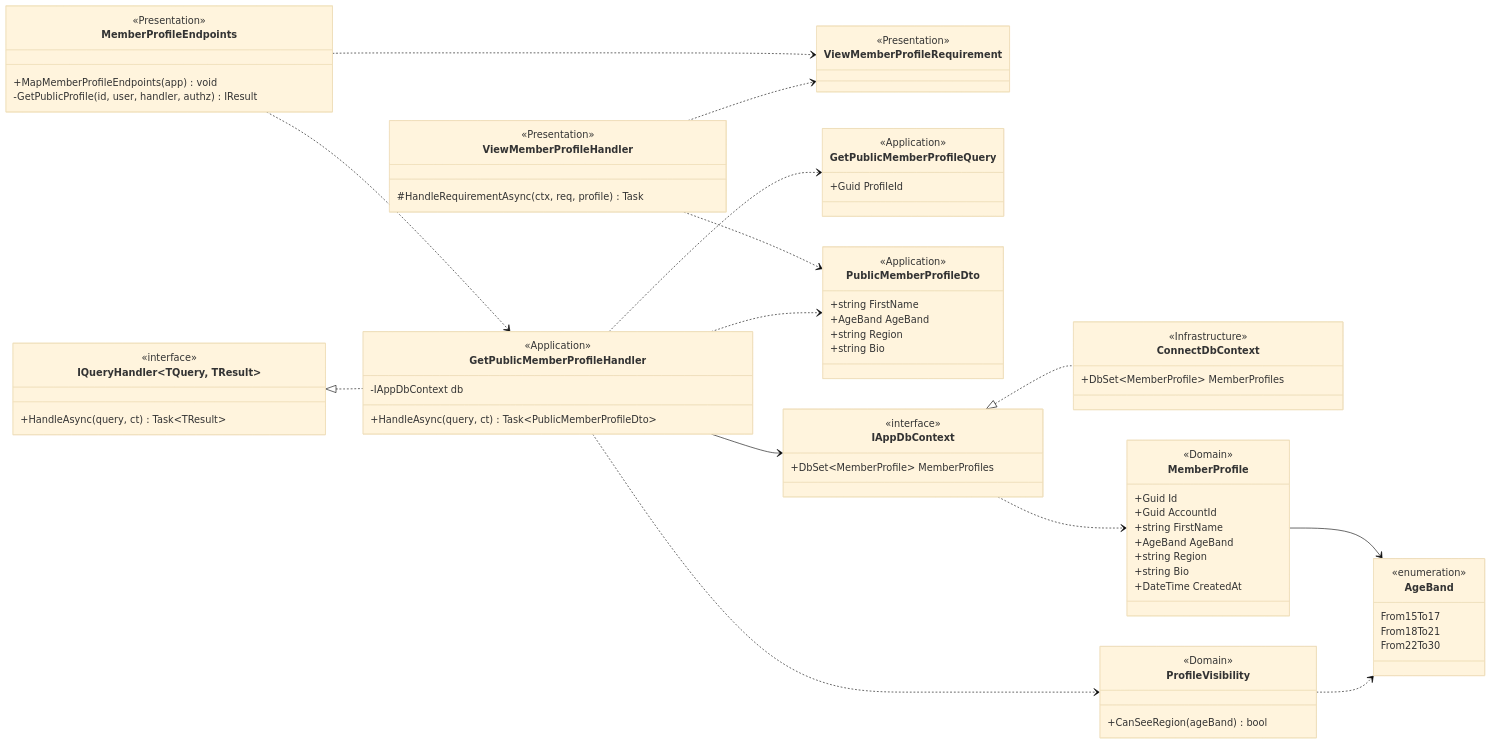
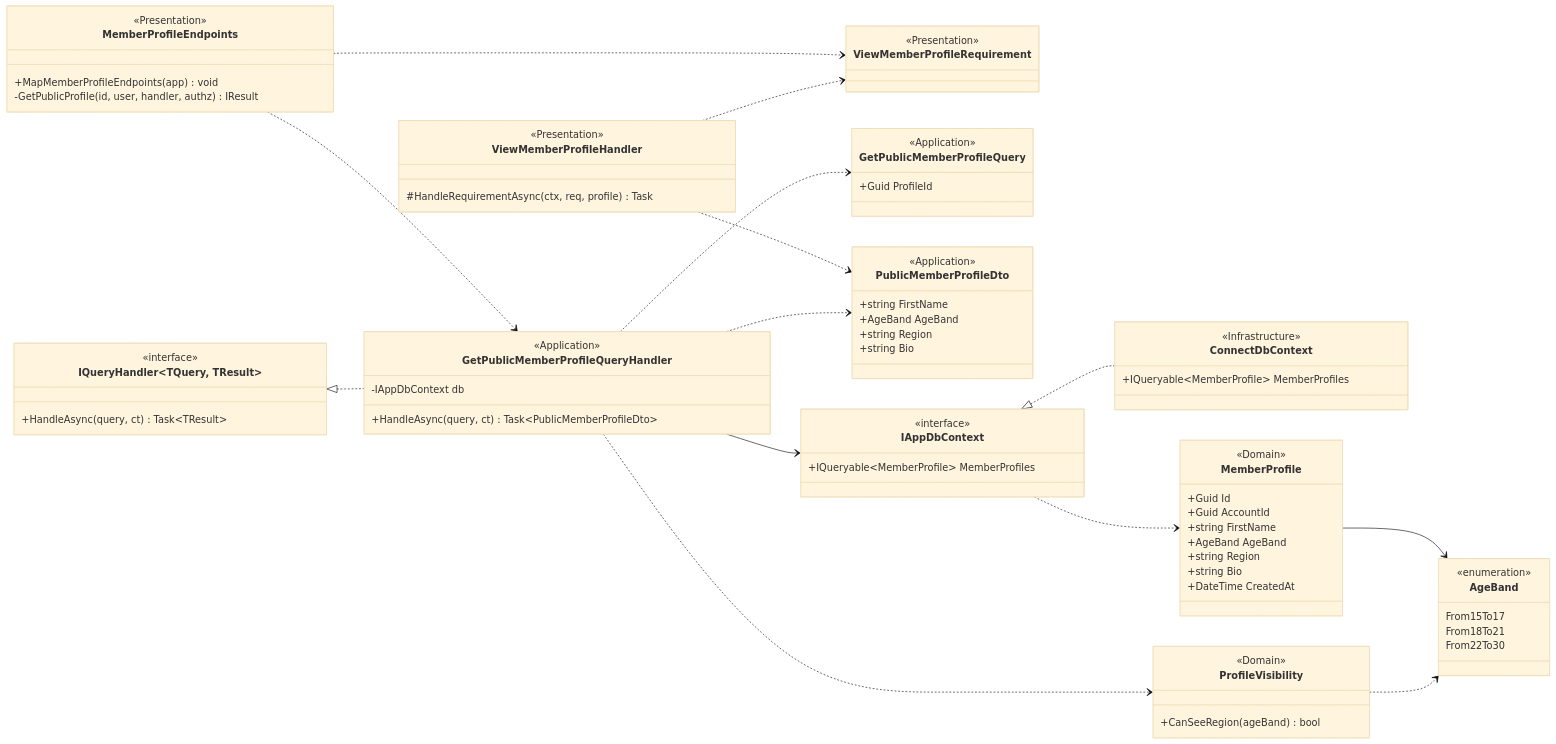
The fifth of 9 diagrams in docs/wesley/securityAndArchitecture.md (guruITA/connect-nine), drawn with Mermaid (base theme) before and after one commit. The commit also changed other lines of this file and 2 other files, not shown here.

Commit message:
docs(docs): my architecture documents follow the account code of #262 (#12)

````diff
--- a/docs/wesley/securityAndArchitecture.md
+++ b/docs/wesley/securityAndArchitecture.md
@@ -450,77 +450,77 @@
 ```mermaid
 classDiagram
     direction LR
     class MemberProfileEndpoints {
         <<Presentation>>
         +MapMemberProfileEndpoints(app) void
         -GetPublicProfile(id, user, handler, authz) IResult
     }
     class ViewMemberProfileRequirement {
         <<Presentation>>
     }
     class ViewMemberProfileHandler {
         <<Presentation>>
         #HandleRequirementAsync(ctx, req, profile) Task
     }
     class GetPublicMemberProfileQuery {
         <<Application>>
         +Guid ProfileId
     }
-    class GetPublicMemberProfileHandler {
+    class GetPublicMemberProfileQueryHandler {
         <<Application>>
         -IAppDbContext db
         +HandleAsync(query, ct) Task~PublicMemberProfileDto~
     }
     class PublicMemberProfileDto {
         <<Application>>
         +string FirstName
         +AgeBand AgeBand
         +string Region
         +string Bio
     }
     class IQueryHandler~TQuery, TResult~ {
         <<interface>>
         +HandleAsync(query, ct) Task~TResult~
     }
     class IAppDbContext {
         <<interface>>
-        +DbSet~MemberProfile~ MemberProfiles
+        +IQueryable~MemberProfile~ MemberProfiles
     }
     class ConnectDbContext {
         <<Infrastructure>>
-        +DbSet~MemberProfile~ MemberProfiles
+        +IQueryable~MemberProfile~ MemberProfiles
     }
     class MemberProfile {
         <<Domain>>
         +Guid Id
         +Guid AccountId
         +string FirstName
         +AgeBand AgeBand
         +string Region
         +string Bio
         +DateTime CreatedAt
     }
     class ProfileVisibility {
         <<Domain>>
         +CanSeeRegion(ageBand) bool
     }
     class AgeBand {
         <<enumeration>>
         From15To17
         From18To21
         From22To30
     }
-    MemberProfileEndpoints ..> GetPublicMemberProfileHandler
+    MemberProfileEndpoints ..> GetPublicMemberProfileQueryHandler
     MemberProfileEndpoints ..> ViewMemberProfileRequirement
     ViewMemberProfileHandler ..> ViewMemberProfileRequirement
     ViewMemberProfileHandler ..> PublicMemberProfileDto
-    IQueryHandler <|.. GetPublicMemberProfileHandler
-    GetPublicMemberProfileHandler ..> GetPublicMemberProfileQuery
-    GetPublicMemberProfileHandler ..> PublicMemberProfileDto
-    GetPublicMemberProfileHandler --> IAppDbContext
-    GetPublicMemberProfileHandler ..> ProfileVisibility
+    IQueryHandler <|.. GetPublicMemberProfileQueryHandler
+    GetPublicMemberProfileQueryHandler ..> GetPublicMemberProfileQuery
+    GetPublicMemberProfileQueryHandler ..> PublicMemberProfileDto
+    GetPublicMemberProfileQueryHandler --> IAppDbContext
+    GetPublicMemberProfileQueryHandler ..> ProfileVisibility
     IAppDbContext <|.. ConnectDbContext
     IAppDbContext ..> MemberProfile
     MemberProfile --> AgeBand
     ProfileVisibility ..> AgeBand
 ```
````
